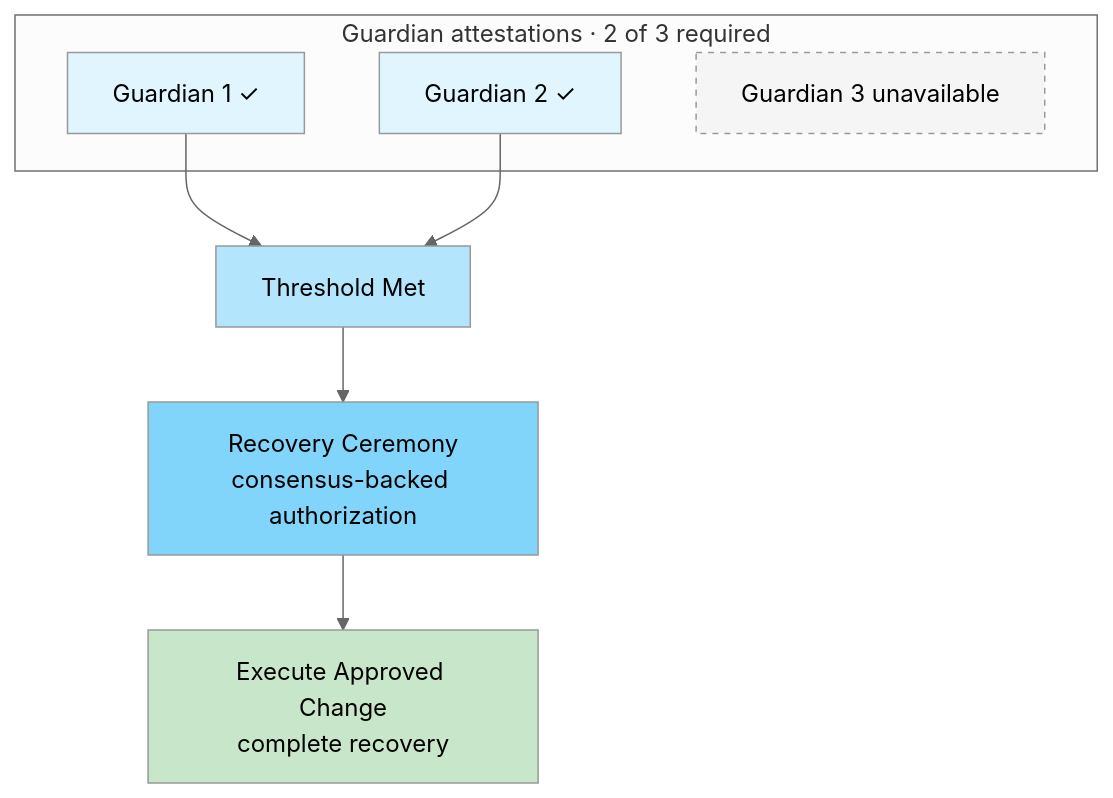
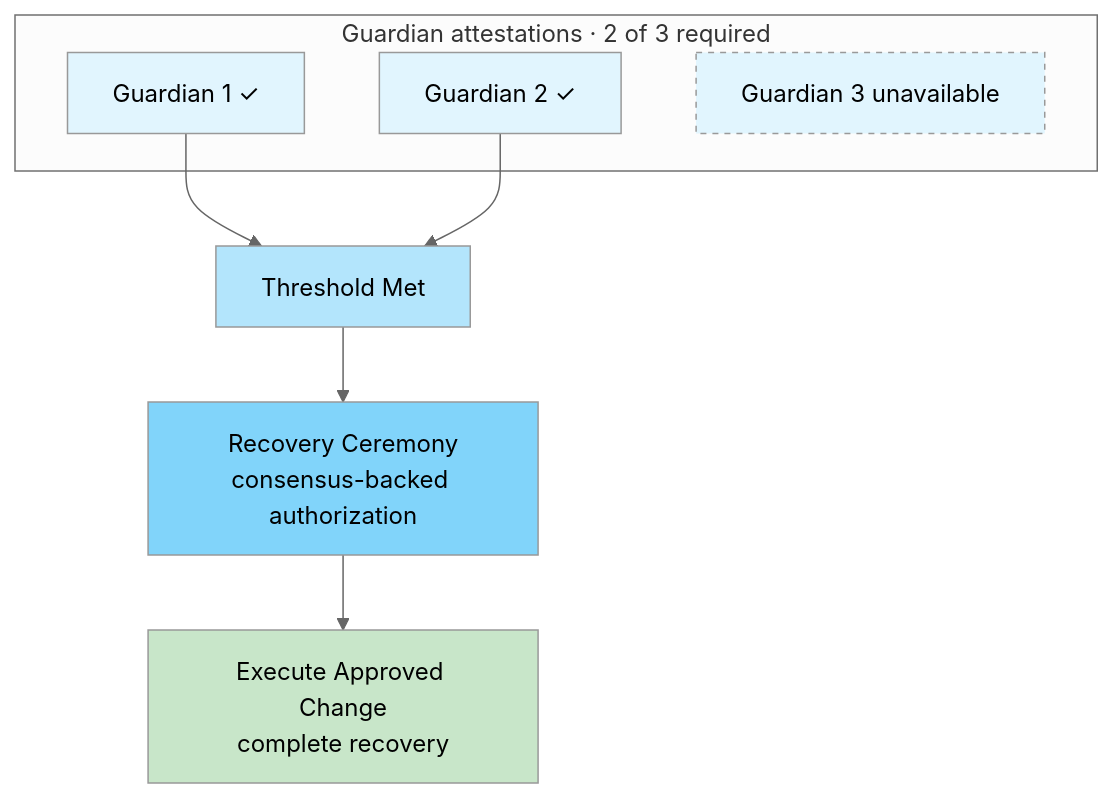
One commit to hxrts/weboftru.st changed the ninth of 10 diagrams in content/post/03-shape-of-authority.md. Above: the diagram before and after it, drawn with Mermaid (neutral theme). The commit also changed other lines of this file and 1 other file, not shown here.

Commit message:
Improve dark mode Mermaid labels

````diff
--- a/content/post/03-shape-of-authority.md
+++ b/content/post/03-shape-of-authority.md
@@ -289,20 +289,20 @@
 ```mermaid
 graph TD
     subgraph Evidence["Guardian attestations · 2 of 3 required"]
         G1[Guardian 1 ✓]
         G2[Guardian 2 ✓]
         G3[Guardian 3 unavailable]
     end
 
     G1 --> A[Threshold Met]
     G2 --> A
     A --> B["Recovery Ceremony<br/>consensus-backed authorization"]
     B --> C["Execute Approved Change<br/>complete recovery"]
 
     style G1 fill:#e1f5fe
     style G2 fill:#e1f5fe
-    style G3 fill:#f5f5f5,stroke-dasharray:4 4
+    style G3 fill:#e1f5fe,stroke-dasharray:4 4
     style A fill:#b3e5fc
     style B fill:#81d4fa
     style C fill:#c8e6c9
 ```
````
